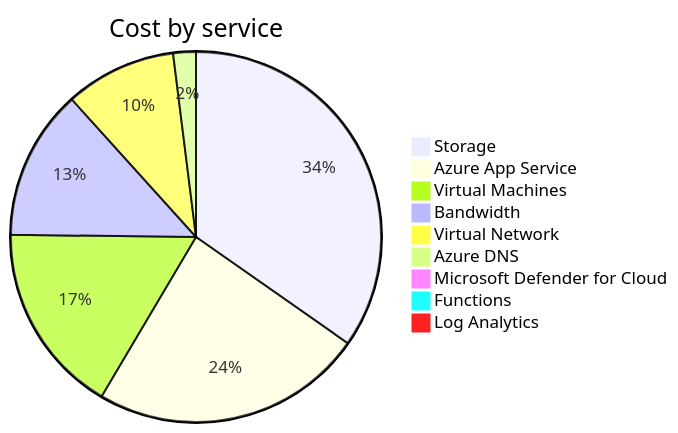
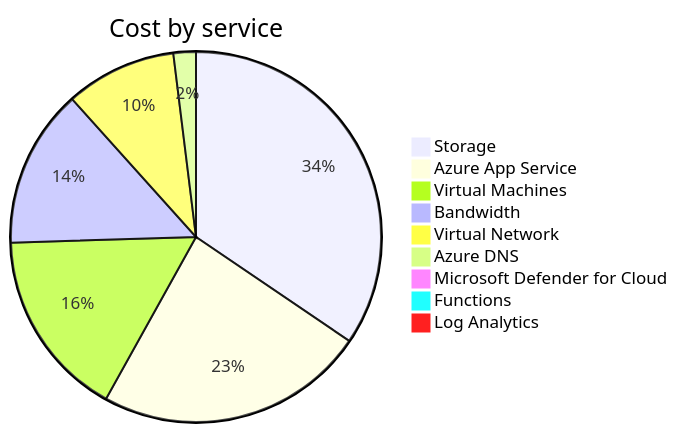
The second of 4 diagrams in cost-reports/accumulated-cost.md (jpfulton/azure-personal-reports), drawn with Mermaid before and after one commit. The commit also changed other lines of this file and 4 other files, not shown here.

````diff
--- a/cost-reports/accumulated-cost.md
+++ b/cost-reports/accumulated-cost.md
@@ -103,13 +103,13 @@
 ```mermaid
 pie
    title Cost by service
-   "Storage" : 5.08
-   "Azure App Service" : 3.48
-   "Virtual Machines" : 2.44
-   "Bandwidth" : 1.92
-   "Virtual Network" : 1.42
-   "Azure DNS" : 0.29
-   "Microsoft Defender for Cloud" : 0.14
+   "Storage" : 5.98
+   "Azure App Service" : 4.09
+   "Virtual Machines" : 2.85
+   "Bandwidth" : 2.40
+   "Virtual Network" : 1.68
+   "Azure DNS" : 0.34
+   "Microsoft Defender for Cloud" : 0.17
    "Functions" : 0.00
    "Log Analytics" : 0.00
 ```
````
